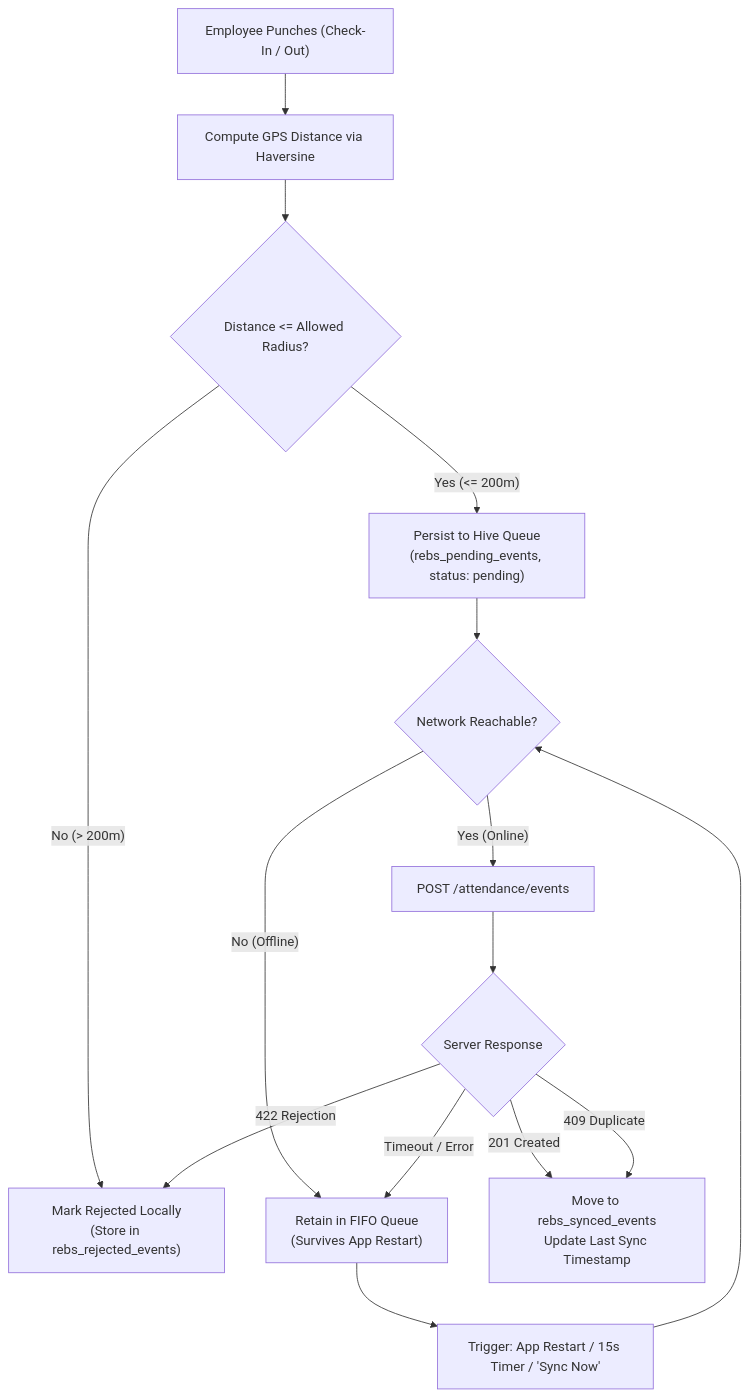
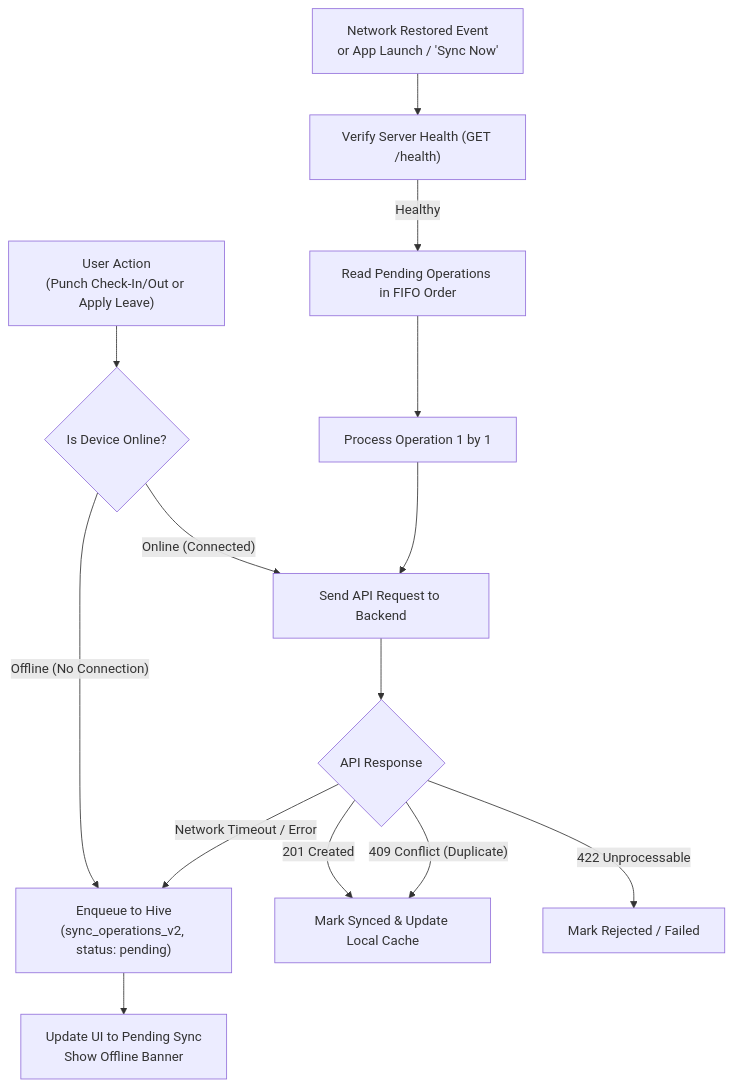
The diagram in README.md (Nandini200012/attendance_app_task_NANDINI), drawn with Mermaid before and after one commit. The commit also changed other lines of this file and 894 other files, not shown here.

````diff
--- a/README.md
+++ b/README.md
@@ -102,21 +260,20 @@
 ```mermaid
 flowchart TD
-    A["Employee Punches (Check-In / Out)"] --> B["Compute GPS Distance via Haversine"]
-    B --> C{"Distance <= Allowed Radius?"}
+    A["User Action\n(Punch Check-In/Out or Apply Leave)"] --> B{"Is Device Online?"}
     
-    C -- "No (> 200m)" --> D["Mark Rejected Locally\n(Store in rebs_rejected_events)"]
-    C -- "Yes (<= 200m)" --> E["Persist to Hive Queue\n(rebs_pending_events, status: pending)"]
+    B -- "Offline (No Connection)" --> C["Enqueue to Hive\n(sync_operations_v2, status: pending)"]
+    C --> D["Update UI to Pending Sync\nShow Offline Banner"]
     
-    E --> F{"Network Reachable?"}
-    F -- "No (Offline)" --> G["Retain in FIFO Queue\n(Survives App Restart)"]
-    F -- "Yes (Online)" --> H["POST /attendance/events"]
+    B -- "Online (Connected)" --> E["Send API Request to Backend"]
     
-    H --> I{"Server Response"}
-    I -- "201 Created" --> J["Move to rebs_synced_events\nUpdate Last Sync Timestamp"]
-    I -- "409 Duplicate" --> J
-    I -- "422 Rejection" --> D
-    I -- "Timeout / Error" --> G
+    E --> F{"API Response"}
+    F -- "201 Created" --> G["Mark Synced & Update Local Cache"]
+    F -- "409 Conflict (Duplicate)" --> G
+    F -- "422 Unprocessable" --> H["Mark Rejected / Failed"]
+    F -- "Network Timeout / Error" --> C
     
-    G --> K["Trigger: App Restart / 15s Timer / 'Sync Now'"]
-    K --> F
+    I["Network Restored Event\nor App Launch / 'Sync Now'"] --> J["Verify Server Health (GET /health)"]
+    J -- "Healthy" --> K["Read Pending Operations in FIFO Order"]
+    K --> L["Process Operation 1 by 1"]
+    L --> E
 ```
````
